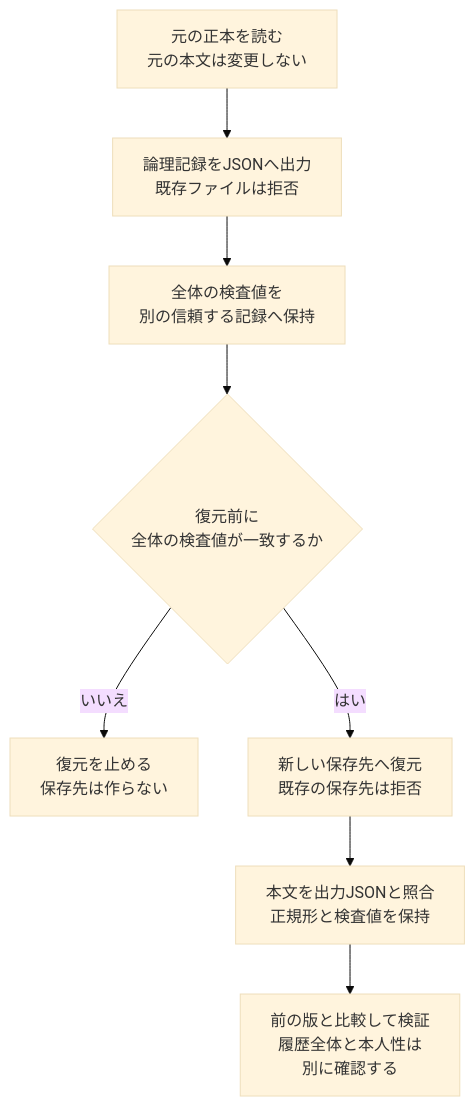
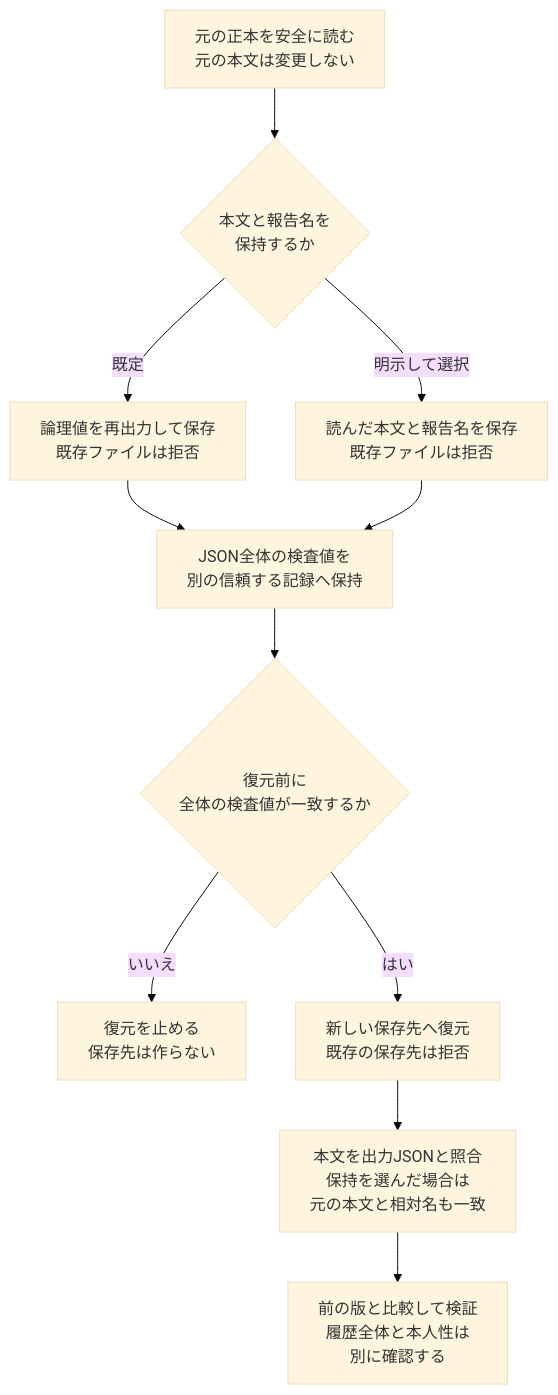
Before and after one commit to koukemo/morivyx: the diagram in docs/diagrams/backup-restore-tutorial.mmd, drawn with Mermaid (base theme). The commit also changed 4 other files, not shown here.

```diff
--- a/docs/diagrams/backup-restore-tutorial.mmd
+++ b/docs/diagrams/backup-restore-tutorial.mmd
@@ -1,8 +1,11 @@
 flowchart TD
-    A["元の正本を読む<br/>元の本文は変更しない"] --> B["論理記録をJSONへ出力<br/>既存ファイルは拒否"]
-    B --> C["全体の検査値を<br/>別の信頼する記録へ保持"]
+    A["元の正本を安全に読む<br/>元の本文は変更しない"] --> Q{"本文と報告名を<br/>保持するか"}
+    Q -->|既定| B["論理値を再出力して保存<br/>既存ファイルは拒否"]
+    Q -->|明示して選択| R["読んだ本文と報告名を保存<br/>既存ファイルは拒否"]
+    B --> C["JSON全体の検査値を<br/>別の信頼する記録へ保持"]
+    R --> C
     C --> D{"復元前に<br/>全体の検査値が一致するか"}
     D -->|いいえ| E["復元を止める<br/>保存先は作らない"]
     D -->|はい| F["新しい保存先へ復元<br/>既存の保存先は拒否"]
-    F --> G["本文を出力JSONと照合<br/>正規形と検査値を保持"]
+    F --> G["本文を出力JSONと照合<br/>保持を選んだ場合は<br/>元の本文と相対名も一致"]
     G --> H["前の版と比較して検証<br/>履歴全体と本人性は<br/>別に確認する"]
```
